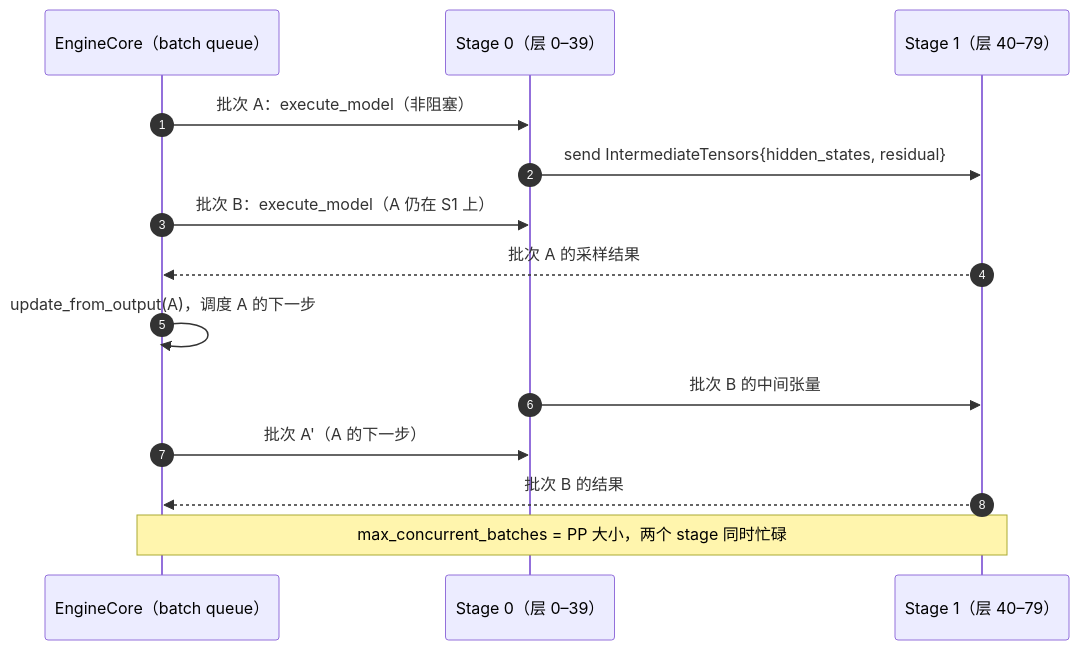
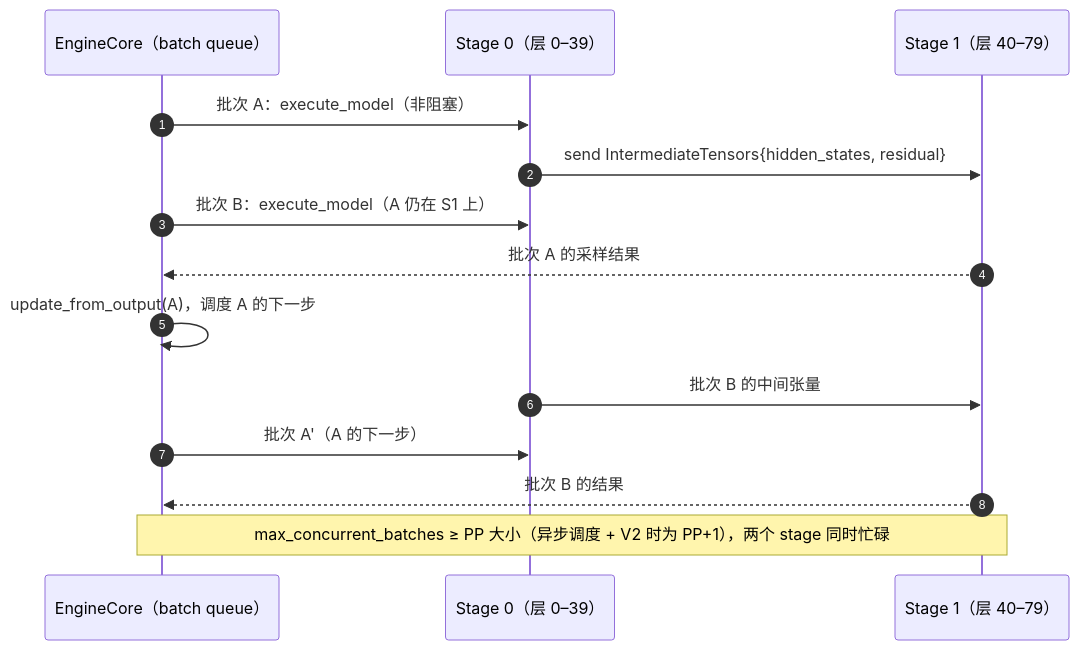
The diagram in course/revised/diagrams-src/E2/E2-fig2.mmd (Wedsonlin/vllm_code), drawn with Mermaid before and after one commit. The commit also changed 36 other files, not shown here.

Commit message:
course: audit diagrams against vLLM v0.30.0; follow-up text fixes

```diff
--- a/course/revised/diagrams-src/E2/E2-fig2.mmd
+++ b/course/revised/diagrams-src/E2/E2-fig2.mmd
@@ -1,14 +1,14 @@
 sequenceDiagram
   autonumber
   participant EC as EngineCore（batch queue）
   participant S0 as Stage 0（层 0–39）
   participant S1 as Stage 1（层 40–79）
   EC->>S0: 批次 A：execute_model（非阻塞）
   S0->>S1: send IntermediateTensors{hidden_states, residual}
   EC->>S0: 批次 B：execute_model（A 仍在 S1 上）
   S1-->>EC: 批次 A 的采样结果
   EC->>EC: update_from_output(A)，调度 A 的下一步
   S0->>S1: 批次 B 的中间张量
   EC->>S0: 批次 A'（A 的下一步）
   S1-->>EC: 批次 B 的结果
-  Note over EC,S1: max_concurrent_batches = PP 大小，两个 stage 同时忙碌
+  Note over EC,S1: max_concurrent_batches ≥ PP 大小（异步调度 + V2 时为 PP+1），两个 stage 同时忙碌
```
